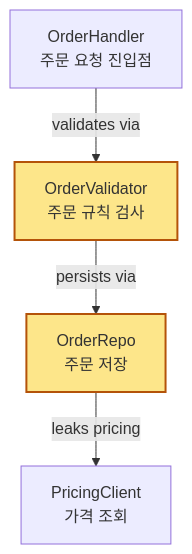
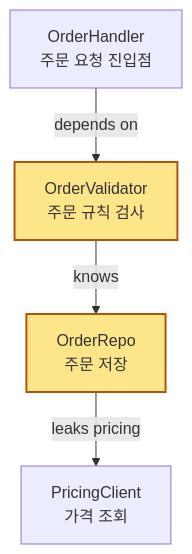
Before and after one commit to ohyecloudy/dotfiles: the first of 3 diagrams in claude/skills/improve-codebase-architecture/ORG-REPORT.md, drawn with Mermaid. The commit also changed other lines of this file and 1 other file, not shown here.

First line of the commit message:
refactor(improve-codebase-architecture): restrict dependency flowchart to static edges

````diff
--- a/claude/skills/improve-codebase-architecture/ORG-REPORT.md
+++ b/claude/skills/improve-codebase-architecture/ORG-REPORT.md
@@ -94,9 +94,9 @@
 ```mermaid
 flowchart TD
-  H["OrderHandler<br/>주문 요청 진입점"] -->|validates via| V["OrderValidator<br/>주문 규칙 검사"]
-  V -->|persists via| R["OrderRepo<br/>주문 저장"]
+  H["OrderHandler<br/>주문 요청 진입점"] -->|depends on| V["OrderValidator<br/>주문 규칙 검사"]
+  V -->|knows| R["OrderRepo<br/>주문 저장"]
   R -->|leaks pricing| P["PricingClient<br/>가격 조회"]
   classDef changed fill:#fde68a,stroke:#b45309,stroke-width:2px
   class V changed
   class R changed
 ```
````
